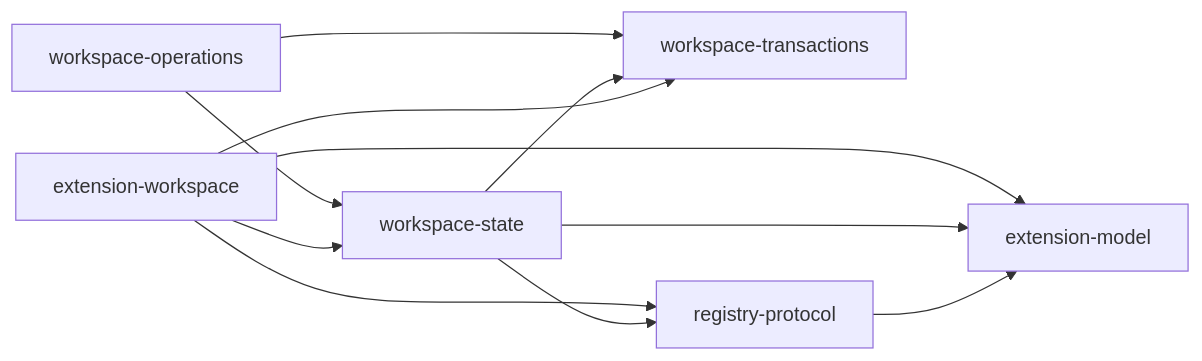
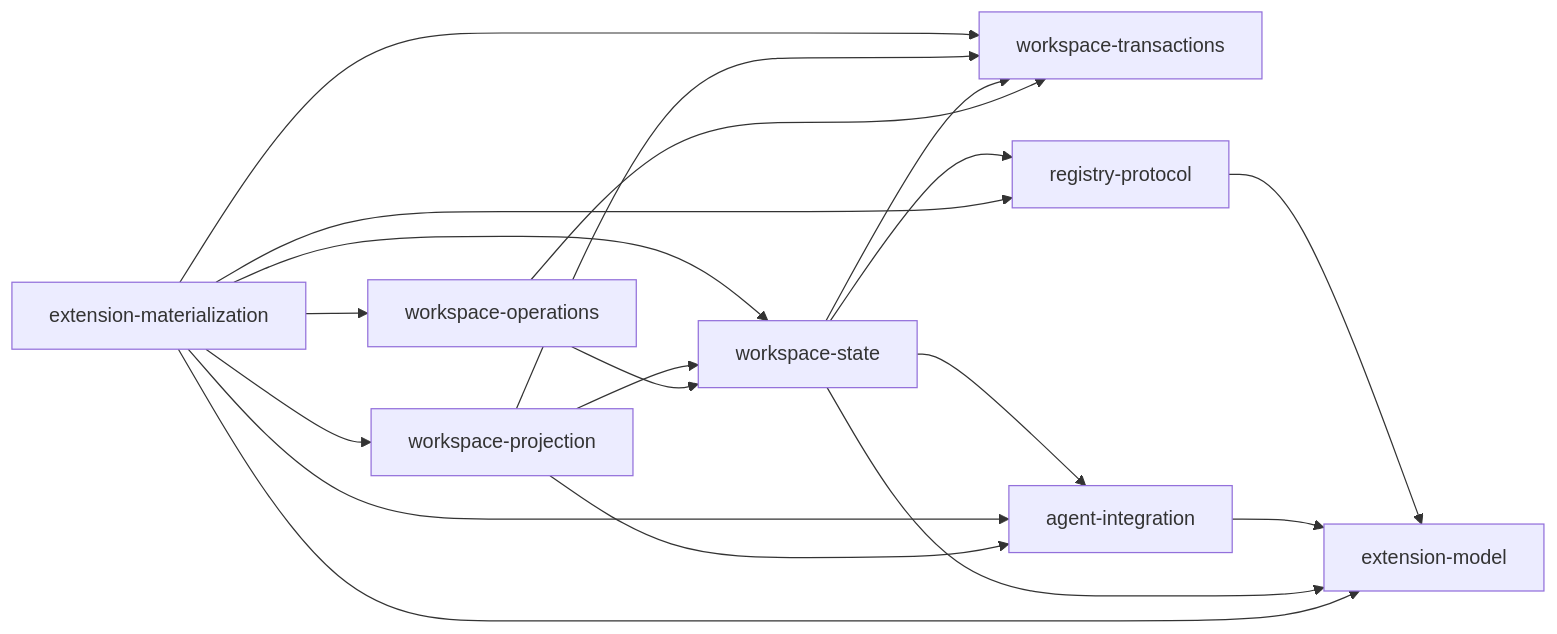
Before and after one commit to agentxm/axm: the second of 2 diagrams in docs/architecture/package-architecture.md, drawn with Mermaid. The commit also changed other lines of this file and 629 other files, not shown here.

````diff
--- a/docs/architecture/package-architecture.md
+++ b/docs/architecture/package-architecture.md
@@ -180,13 +193,21 @@
 ```mermaid
 flowchart LR
   OPERATIONS["workspace-operations"] --> STATE["workspace-state"]
   OPERATIONS --> TRANSACTIONS["workspace-transactions"]
   STATE --> TRANSACTIONS
-  EXTENSION_WORKSPACE["extension-workspace"] --> STATE
-  EXTENSION_WORKSPACE --> TRANSACTIONS
-  EXTENSION_WORKSPACE --> PROTOCOL["registry-protocol"]
-  EXTENSION_WORKSPACE --> MODEL["extension-model"]
+  PROJECTION["workspace-projection"] --> STATE
+  PROJECTION --> TRANSACTIONS
+  PROJECTION --> AGENT_INTEGRATION["agent-integration"]
+  MATERIALIZATION["extension-materialization"] --> PROJECTION
+  MATERIALIZATION --> OPERATIONS
+  MATERIALIZATION --> STATE
+  MATERIALIZATION --> TRANSACTIONS
+  MATERIALIZATION --> AGENT_INTEGRATION
+  MATERIALIZATION --> PROTOCOL["registry-protocol"]
+  MATERIALIZATION --> MODEL["extension-model"]
+  STATE --> AGENT_INTEGRATION
   STATE --> PROTOCOL
   STATE --> MODEL
+  AGENT_INTEGRATION --> MODEL
   PROTOCOL --> MODEL
 ```
````
